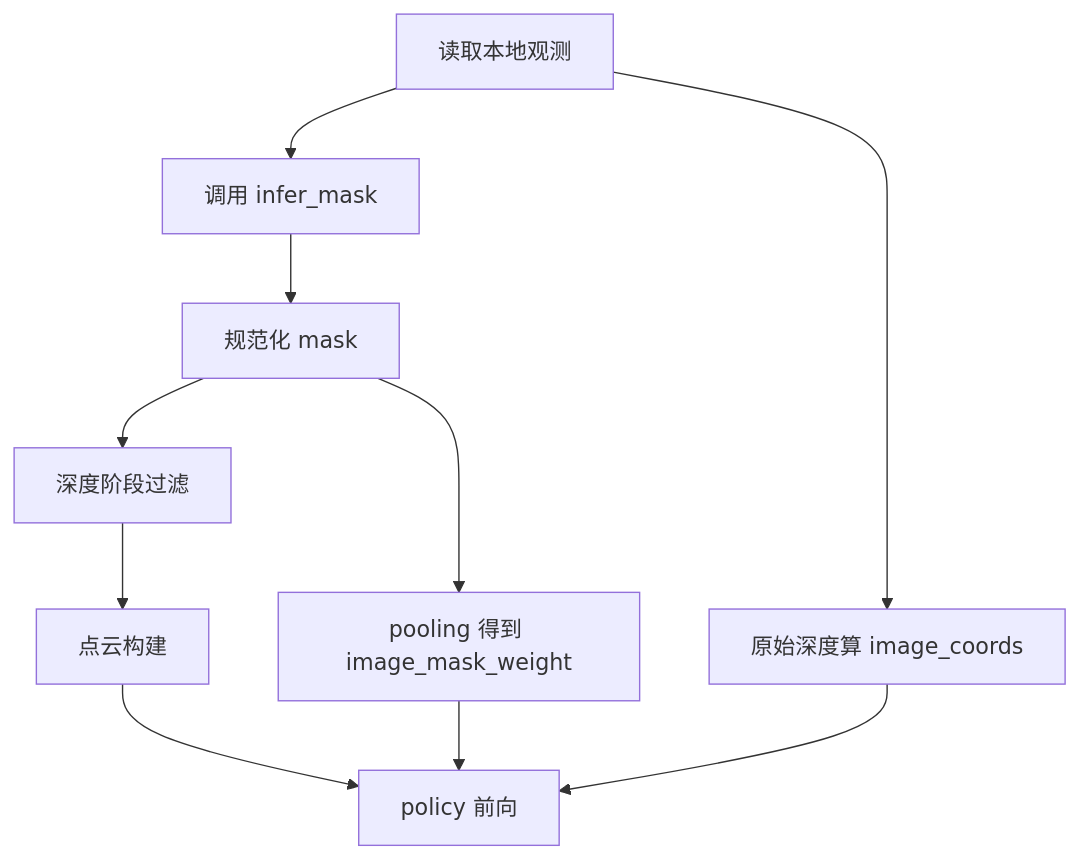
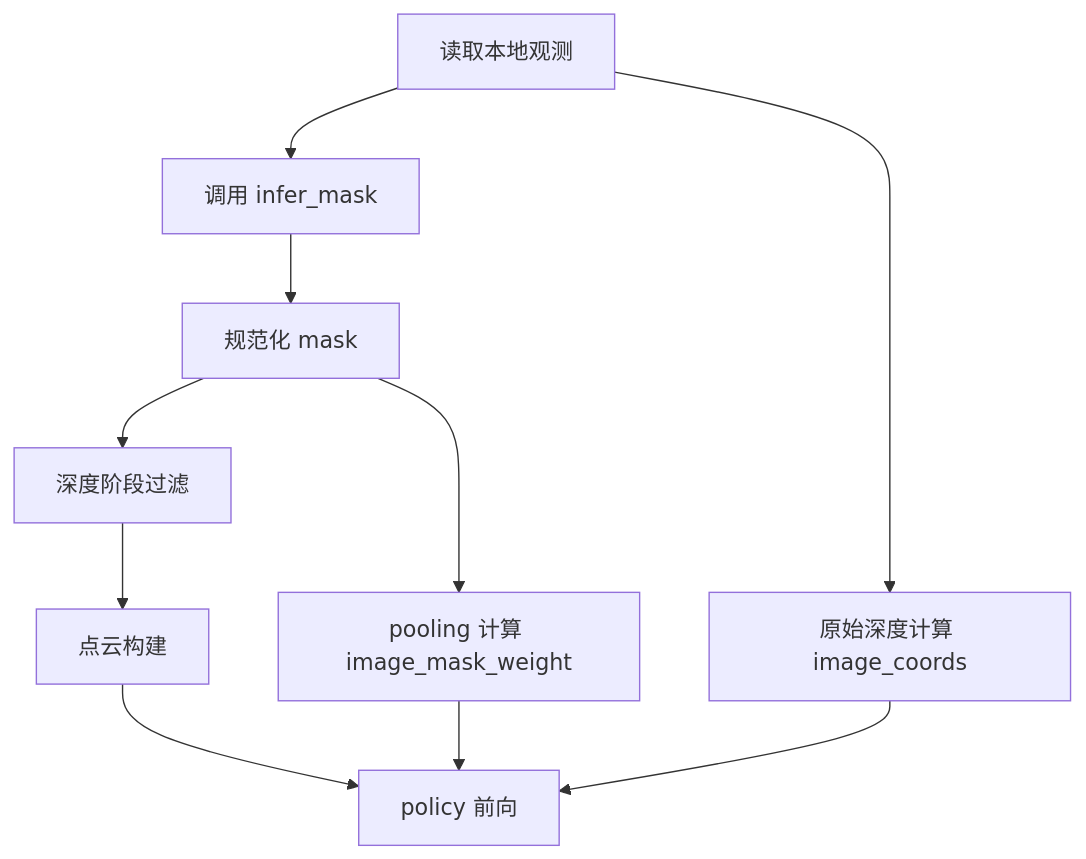
Before and after one commit to 1JI0O/RISE-2: the diagram in plans/mask_aware_inference_spec_local_v1.md, drawn with Mermaid. The commit also changed other lines of this file and 4 other files, not shown here.

````diff
--- a/plans/mask_aware_inference_spec_local_v1.md
+++ b/plans/mask_aware_inference_spec_local_v1.md
@@ -259,12 +277,12 @@
 ```mermaid
 flowchart TD
   A[读取本地观测] --> B[调用 infer_mask]
   B --> C[规范化 mask]
   C --> D[深度阶段过滤]
   D --> E[点云构建]
-  A --> F[原始深度算 image_coords]
-  C --> G[pooling 得到 image_mask_weight]
+  A --> F[原始深度计算 image_coords]
+  C --> G[pooling 计算 image_mask_weight]
   E --> H[policy 前向]
   F --> H
   G --> H
 ```
````
